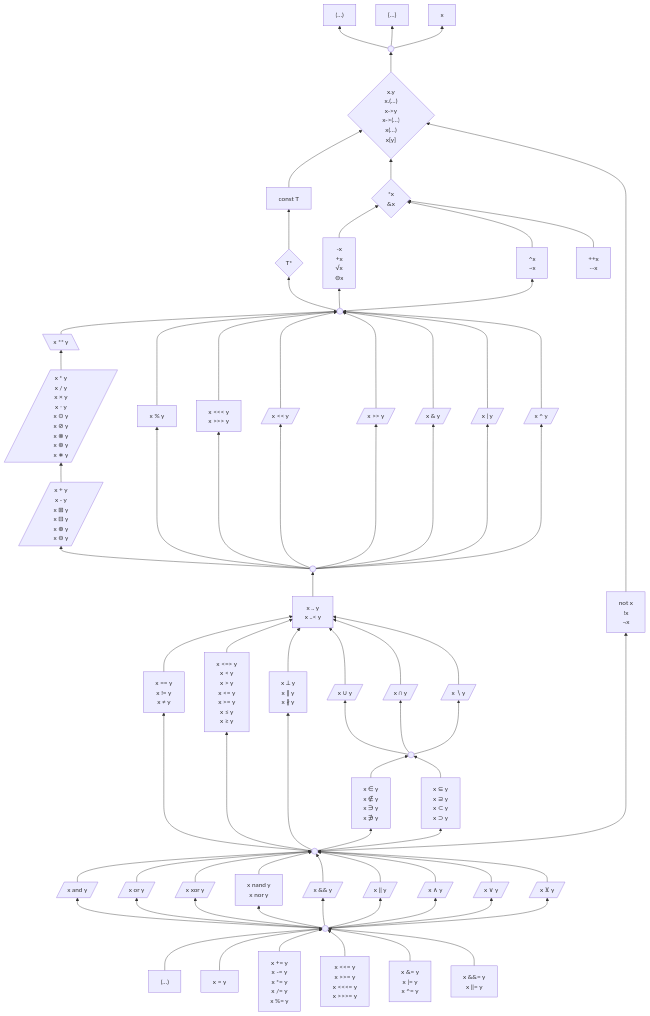
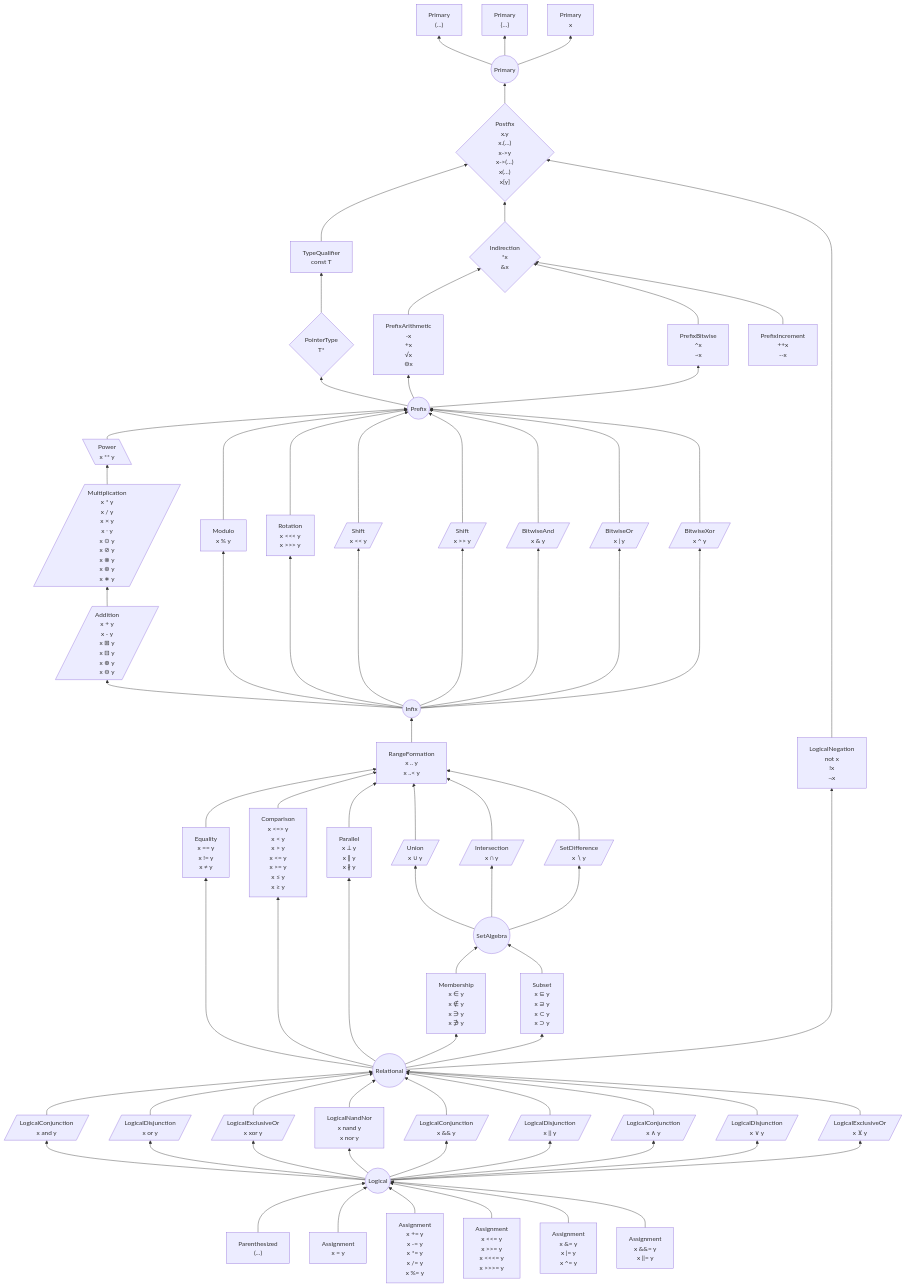
Before and after one commit to laro/Cilia: the first of 2 diagrams in 6 .../2 Unfinished Ideas.md, drawn with Mermaid.

Commit message:
Update 2 Unfinished Ideas.md

````diff
--- a/6 .../2 Unfinished Ideas.md
+++ b/6 .../2 Unfinished Ideas.md
@@ -193,164 +193,210 @@
 ```mermaid
 %%{init: {'themeVariables': {'fontFamily': 'monospace'}}}%%
 graph BT
-    parens["(…)"]
-    braces["{…}"]
-    unqualifiedName["x"]
+    parens["Primary
+(…)"]
+    braces["Primary
+{…}"]
+    unqualifiedName["Primary
+x"]
 
     top --> parens & braces & unqualifiedName
-    top((" "))
+    top(("Primary"))
 
     suffixOps --> top
-    suffixOps{"x.y
-               x.(…)
-               x->y
-               x->(…)
-               x(…)
-               x[y]"}
+    suffixOps{"Postfix
+x.y
+x.(…)
+x->y
+x->(…)
+x(…)
+x[y]"}
 
     qualifiedType --> suffixOps
-    qualifiedType["const T"]
+    qualifiedType["TypeQualifier
+const T"]
 
     pointerType --> qualifiedType
-    pointerType{"T*"}
+    pointerType{"PointerType
+T*"}
 
     pointer --> suffixOps
-    pointer{"*x
-             &x"}
+    pointer{"Indirection
+*x
+&x"}
 
     prefixMath & complement & incDec --> pointer
-    complement["^x
-                ~x"]
-    prefixMath["-x
-                +x
-                √x
-                ⊖x"]
-    incDec["++x
-            --x"]
+    complement["PrefixBitwise
+^x
+~x"]
+    prefixMath["PrefixArithmetic
+-x
++x
+√x
+⊖x"]
+    incDec["PrefixIncrement
+++x
+--x"]
 
     unary --> pointerType & prefixMath & complement
-    unary((" "))
+    unary(("Prefix"))
 
 
     power --> unary
-    power[\"x ** y"\]
+    power[\"Power
+x ** y"\]
 
     multiplication --> power
-    multiplication[/"x * y
-                    x / y
-                    x × y
-                    x ⋅ y
-                    x ⊙ y
-                    x ⊘ y
-                    x ⊗ y
-                    x ⊛ y
-                    x ∗ y"/]
+    multiplication[/"Multiplication
+x * y
+x / y
+x × y
+x ⋅ y
+x ⊙ y
+x ⊘ y
+x ⊗ y
+x ⊛ y
+x ∗ y"/]
     addition --> multiplication
-    addition[/"x + y
-              x - y
-              x ⊞ y
-              x ⊟ y
-              x ⊕ y
-              x ⊖ y"/]
+    addition[/"Addition
+x + y
+x - y
+x ⊞ y
+x ⊟ y
+x ⊕ y
+x ⊖ y"/]
 
     modulo & rotate & shiftLeft & shiftRight & bitwiseAnd & bitwiseOr & bitwiseXor ---> unary
-    modulo["x % y"]
-    rotate["x <<< y
-            x >>> y"]
-    shiftLeft[/"x << y"/]
-    shiftRight[/"x >> y"/]
-    bitwiseAnd[/"x & y"/]
-    bitwiseOr[/"x | y"/]
-    bitwiseXor[/"x ^ y"/]
+    modulo["Modulo
+x % y"]
+    rotate["Rotation
+x <<< y
+x >>> y"]
+    shiftLeft[/"Shift
+x << y"/]
+    shiftRight[/"Shift
+x >> y"/]
+    bitwiseAnd[/"BitwiseAnd
+x & y"/]
+    bitwiseOr[/"BitwiseOr
+x | y"/]
+    bitwiseXor[/"BitwiseXor
+x ^ y"/]
 
     binaryOps --> addition & modulo & rotate & shiftLeft & shiftRight & bitwiseAnd & bitwiseOr & bitwiseXor
-    binaryOps((" "))
+    binaryOps(("Infix"))
 
     %% Ranges bind looser than arithmetic/bitwise, tighter than the relational operators
     range --> binaryOps
-    range["x .. y
-           x ..< y"]
+    range["RangeFormation
+x .. y
+x ..< y"]
 
     equality & comparison & parallel --> range
-    equality["x == y
-              x != y
-              x ≠ y"]
-    comparison["x <=> y
-                x < y
-                x > y
-                x <= y
-                x >= y
-                x ≤ y
-                x ≥ y"]
-    parallel["x ⟂ y
-              x ∥ y
-              x ∦ y"]
+    equality["Equality
+x == y
+x != y
+x ≠ y"]
+    comparison["Comparison
+x <=> y
+x < y
+x > y
+x <= y
+x >= y
+x ≤ y
+x ≥ y"]
+    parallel["Parallel
+x ⟂ y
+x ∥ y
+x ∦ y"]
 
     setUnion & setIntersection & setDifference --> range
-    setUnion[/"x ∪ y"/]
-    setIntersection[/"x ∩ y"/]
-    setDifference[/"x ∖ y"/]
+    setUnion[/"Union
+x ∪ y"/]
+    setIntersection[/"Intersection
+x ∩ y"/]
+    setDifference[/"SetDifference
+x ∖ y"/]
 
     setOps --> setUnion & setIntersection & setDifference
-    setOps((" "))
+    setOps(("SetAlgebra"))
     membership & subset --> setOps
 
-    membership["x ∈ y
-                x ∉ y
-                x ∋ y
-                x ∌ y"]
-    subset["x ⊆ y
-            x ⊇ y
-            x ⊂ y
-            x ⊃ y"]
+    membership["Membership
+x ∈ y
+x ∉ y
+x ∋ y
+x ∌ y"]
+    subset["Subset
+x ⊆ y
+x ⊇ y
+x ⊂ y
+x ⊃ y"]
 
     %% Use a longer arrow here to put `not` next to other unary operators
     not ---------> suffixOps
-    not["not x
-         !x
-         ¬x"]
+    not["LogicalNegation
+not x
+!x
+¬x"]
 
 
     logicalOperand --> equality & comparison & membership & subset & parallel & not
-    logicalOperand((" "))
+    logicalOperand(("Relational"))
 
 
     %% Currently "as" is not yet fully defined, and it obscures the graph layout somehow...
     %% as ------> unary
-    %% as["x as T"]
+    %% as["Cast
+%%x as T"]
 
     and & or & xor & nandNor & andAmp & orAmp & andSym & orSym & xorSym --> logicalOperand
-    and[/"x and y"/]
-    or[/"x or y"/]
-    xor[/"x xor y"/]
-    nandNor["x nand y
-             x nor y"]
-    andAmp[/"x && y"/]
-    orAmp[/"x || y"/]
-    andSym[/"x ∧ y"/]
-    orSym[/"x ∨ y"/]
-    xorSym[/"x ⊻ y"/]
+    and[/"LogicalConjunction
+x and y"/]
+    or[/"LogicalDisjunction
+x or y"/]
+    xor[/"LogicalExclusiveOr
+x xor y"/]
+    nandNor["LogicalNandNor
+x nand y
+x nor y"]
+    andAmp[/"LogicalConjunction
+x && y"/]
+    orAmp[/"LogicalDisjunction
+x || y"/]
+    andSym[/"LogicalConjunction
+x ∧ y"/]
+    orSym[/"LogicalDisjunction
+x ∨ y"/]
+    xorSym[/"LogicalExclusiveOr
+x ⊻ y"/]
 
     %% logicalExpression ---> as
     logicalExpression --> and & or & xor & nandNor & andAmp & orAmp & andSym & orSym & xorSym
-    logicalExpression((" "))
+    logicalExpression(("Logical"))
 
 
     insideParens & assignPlain & assignArithmetic & assignShift & assignBitwise & assignLogical --> logicalExpression
-    insideParens["(…)"]
-    assignPlain["x = y"]
-    assignArithmetic["x += y
-                      x -= y
-                      x *= y
-                      x /= y
-                      x %= y"]
-    assignShift["x <<= y
-                 x >>= y
-                 x <<<= y
-                 x >>>= y"]
-    assignBitwise["x &= y
-                   x |= y
-                   x ^= y"]
-    assignLogical["x &&= y
-                   x ||= y"]
+    insideParens["Parenthesized
+(…)"]
+    assignPlain["Assignment
+x = y"]
+    assignArithmetic["Assignment
+x += y
+x -= y
+x *= y
+x /= y
+x %= y"]
+    assignShift["Assignment
+x <<= y
+x >>= y
+x <<<= y
+x >>>= y"]
+    assignBitwise["Assignment
+x &= y
+x |= y
+x ^= y"]
+    assignLogical["Assignment
+x &&= y
+x ||= y"]
 ```
````
